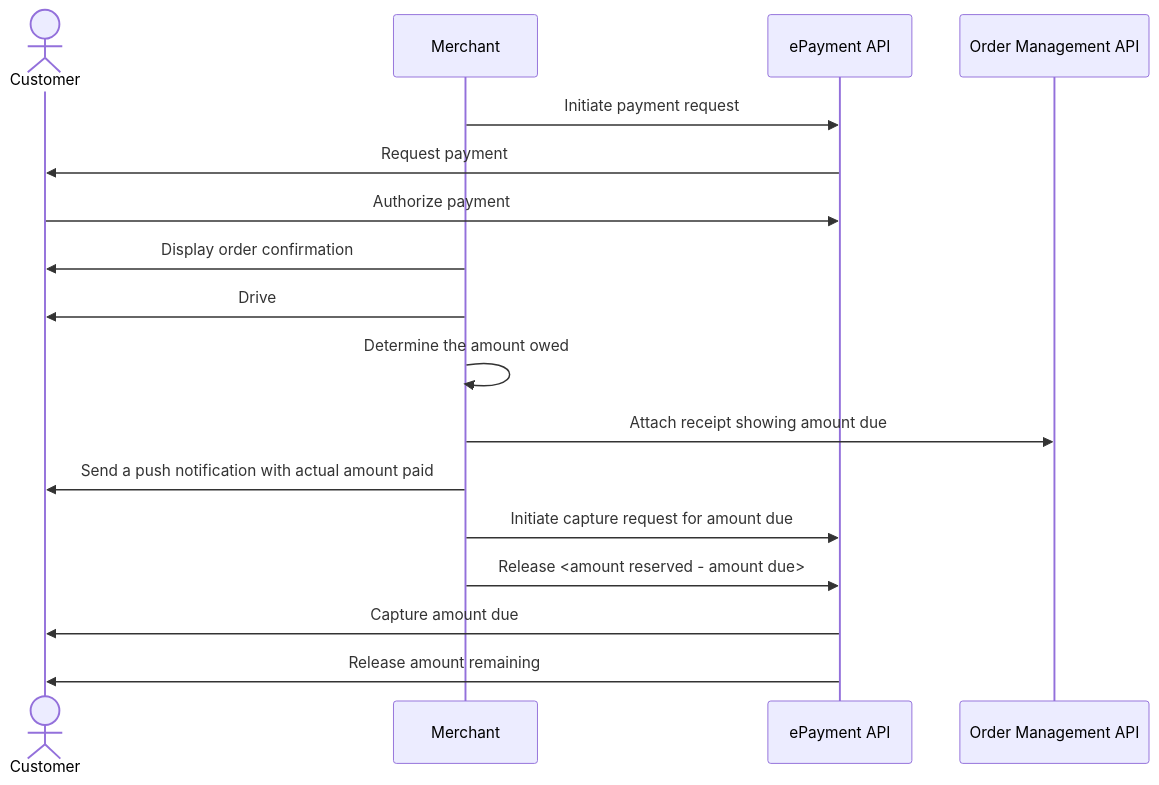
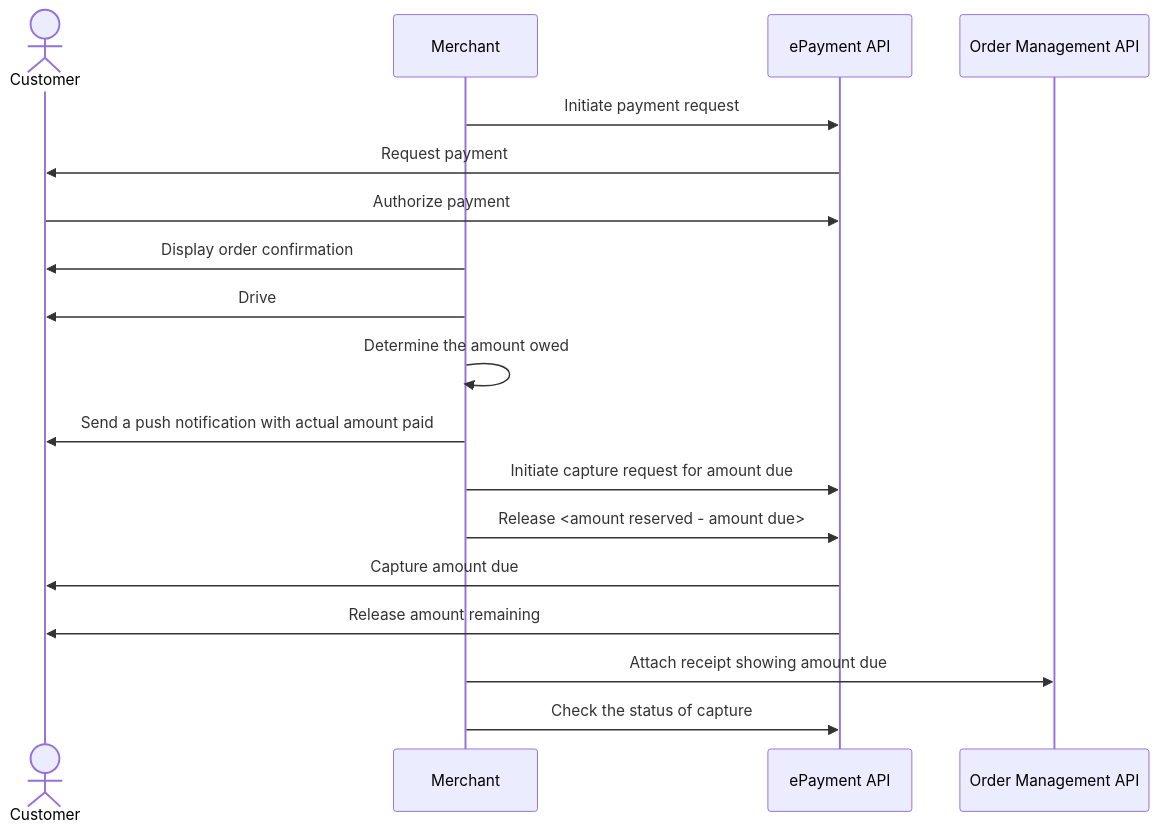
One commit to vippsas/vipps-solutions changed the diagram in taxi-companies/pay-through-taxi-app.md. Above: the diagram before and after it, drawn with Mermaid. The commit also changed other lines of this file and 18 other files, not shown here.

````diff
--- a/taxi-companies/pay-through-taxi-app.md
+++ b/taxi-companies/pay-through-taxi-app.md
@@ -97,20 +111,21 @@
 ``` mermaid
 sequenceDiagram
     actor C as Customer
     participant M as Merchant
     participant ePayment as ePayment API
     participant ordermanagement as Order Management API
 
     M->>ePayment: Initiate payment request
     ePayment->>C: Request payment
     C->>ePayment: Authorize payment
     M->>C: Display order confirmation
     M->>C: Drive
     M->>M: Determine the amount owed
-    M->>ordermanagement: Attach receipt showing amount due
     M->>C: Send a push notification with actual amount paid
     M->>ePayment: Initiate capture request for amount due
     M->>ePayment: Release <amount reserved - amount due>
     ePayment->>C: Capture amount due
-    ePayment->>C: Release amount remaining 
+    ePayment->>C: Release amount remaining
+    M->>ordermanagement: Attach receipt showing amount due
+    M->>ePayment: Check the status of capture
 ```
````
